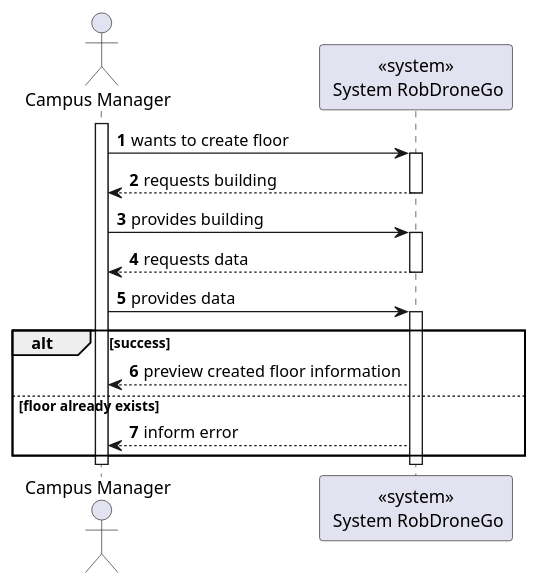
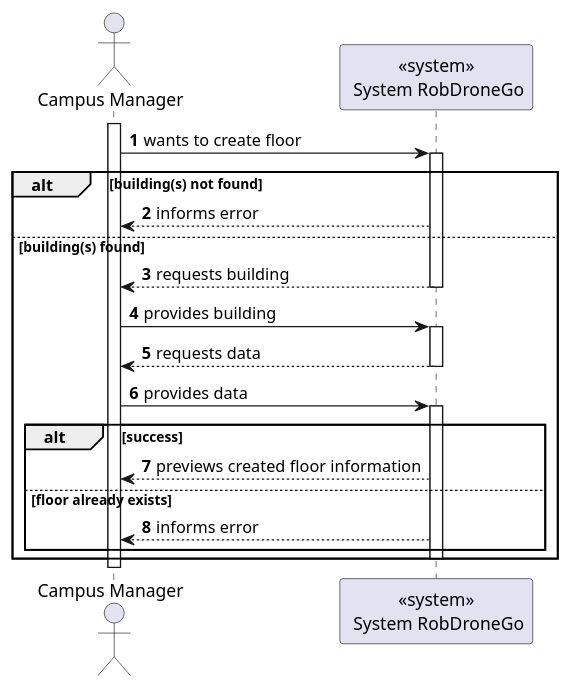
One commit to Departamento-de-Engenharia-Informatica/lapr5-23-24-g19 changed the diagram in docs/us1090/level1/process-view.puml. Above: the diagram before and after it, drawn with PlantUML. The commit also changed 3 other files, not shown here.

```diff
--- a/docs/us1090/level1/process-view.puml
+++ b/docs/us1090/level1/process-view.puml
@@ -1,29 +1,33 @@
 @startuml
 autonumber
 
 actor "Campus Manager" as usr
 
 participant "<<system>>\n System RobDroneGo" as sys
 
 activate usr
     usr -> sys : wants to create floor
     activate sys
+    alt building(s) not found
+        sys --> usr : informs error
+    else building(s) found
         sys --> usr : requests building
-    deactivate sys
+        deactivate sys
 
-    usr -> sys : provides building
-    activate sys
-        sys --> usr : requests data
-    deactivate sys
+        usr -> sys : provides building
+        activate sys
+            sys --> usr : requests data
+        deactivate sys
 
-    usr -> sys : provides data
-    activate sys
-        alt success
-            sys --> usr : preview created floor information
-        else floor already exists
-            sys --> usr : inform error
-        end
-    deactivate sys
+        usr -> sys : provides data
+        activate sys
+            alt success
+                sys --> usr : previews created floor information
+            else floor already exists
+                sys --> usr : informs error
+            end
+        deactivate sys
+    end
 deactivate usr
 
 @enduml
```
